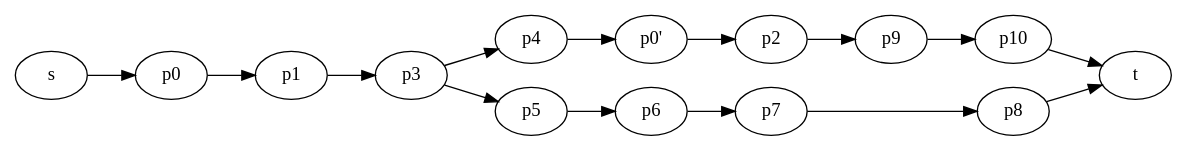
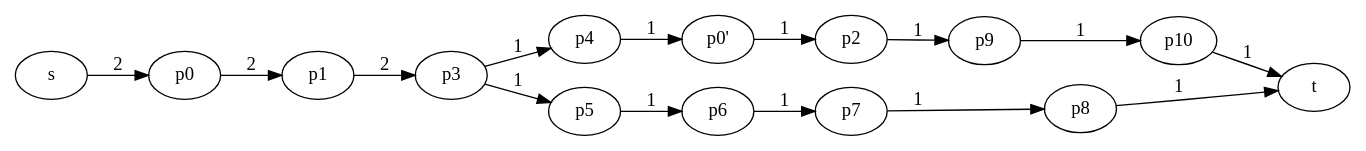
One commit to yavuzkoroglu/gwplus changed the diagram in exps/001/generated/f.dot. Above: the diagram before and after it, drawn with Graphviz.

Commit message:
on 24.05.24 @ 14:40

```diff
--- a/exps/001/generated/f.dot
+++ b/exps/001/generated/f.dot
@@ -1,17 +1,17 @@
 digraph EFG {
     rankdir=LR;
-    "p0" -> "p1";
-    "p1" -> "p3";
-    "p2" -> "p9";
-    "p3" -> "p4";
-    "p3" -> "p5";
-    "p4" -> "p0'";
-    "p5" -> "p6";
-    "p6" -> "p7";
-    "p7" -> "p8";
-    "p8" -> "t";
-    "p9" -> "p10";
-    "p10" -> "t";
-    "s" -> "p0";
-    "p0'" -> "p2";
+    "p0" -> "p1" [label="2"];
+    "p1" -> "p3" [label="2"];
+    "p2" -> "p9" [label="1"];
+    "p3" -> "p4" [label="1"];
+    "p3" -> "p5" [label="1"];
+    "p4" -> "p0'" [label="1"];
+    "p5" -> "p6" [label="1"];
+    "p6" -> "p7" [label="1"];
+    "p7" -> "p8" [label="1"];
+    "p8" -> "t" [label="1"];
+    "p9" -> "p10" [label="1"];
+    "p10" -> "t" [label="1"];
+    "s" -> "p0" [label="2"];
+    "p0'" -> "p2" [label="1"];
 }
```
